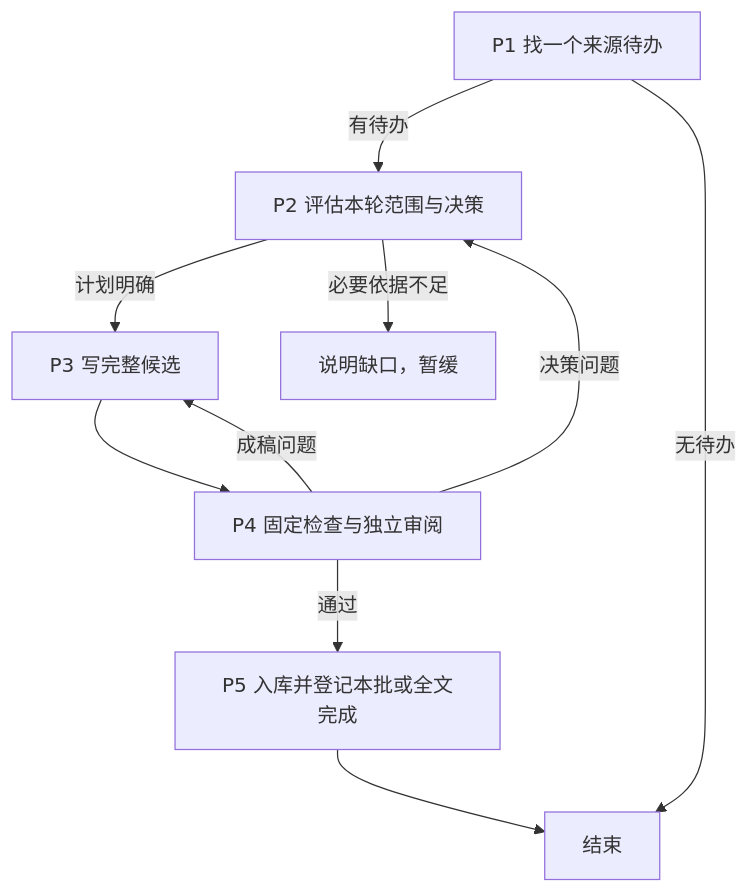
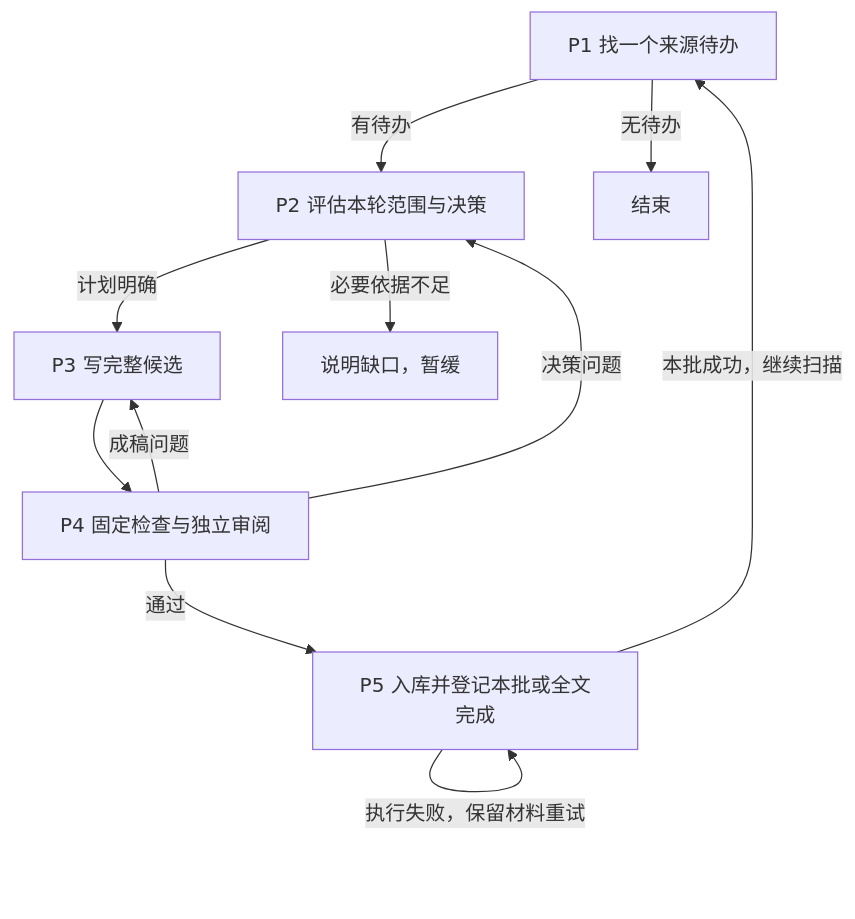
Before and after one commit to Robin-hhc/FactumCore: the first of 7 diagrams in himate/himate-knowledge-wifi-mp/docs-llm-wiki/知识库详细设计.md, drawn with Mermaid. The commit also changed other lines of this file and 19 other files, not shown here.

````diff
--- a/himate/himate-knowledge-wifi-mp/docs-llm-wiki/知识库详细设计.md
+++ b/himate/himate-knowledge-wifi-mp/docs-llm-wiki/知识库详细设计.md
@@ -23,12 +23,13 @@
 ```mermaid
 flowchart TD
     P1["P1 找一个来源待办"] -->|有待办| P2["P2 评估本轮范围与决策"]
     P1 -->|无待办| E["结束"]
     P2 -->|计划明确| P3["P3 写完整候选"]
     P2 -->|必要依据不足| D["说明缺口，暂缓"]
     P3 --> P4["P4 固定检查与独立审阅"]
     P4 -->|决策问题| P2
     P4 -->|成稿问题| P3
     P4 -->|通过| P5["P5 入库并登记本批或全文完成"]
-    P5 --> E
+    P5 -->|本批成功，继续扫描| P1
+    P5 -->|执行失败，保留材料重试| P5
 ```
````
